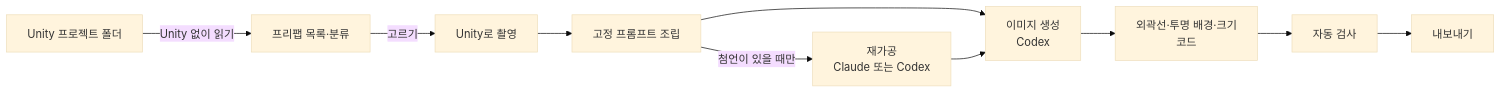
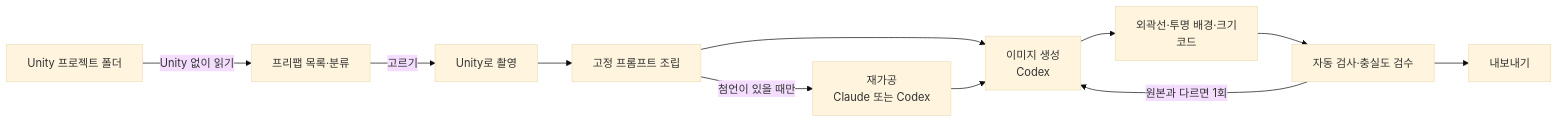
Before and after one commit to cykim-bs/unity-icon-studio: the diagram in README.md, drawn with Mermaid (base theme). The commit also changed other lines of this file and 3 other files, not shown here.

````diff
--- a/README.md
+++ b/README.md
@@ -15,11 +15,12 @@
 ```mermaid
 flowchart LR
   P[Unity 프로젝트 폴더] -->|Unity 없이 읽기| L[프리팹 목록·분류]
   L -->|고르기| C[Unity로 촬영]
   C --> F[고정 프롬프트 조립]
   F -->|첨언이 있을 때만| R[재가공<br>Claude 또는 Codex]
   F --> G[이미지 생성<br>Codex]
   R --> G
   G --> O[외곽선·투명 배경·크기<br>코드]
-  O --> K[자동 검사] --> E[내보내기]
+  O --> K[자동 검사·충실도 검수] --> E[내보내기]
+  K -->|원본과 다르면 1회| G
 ```
````
